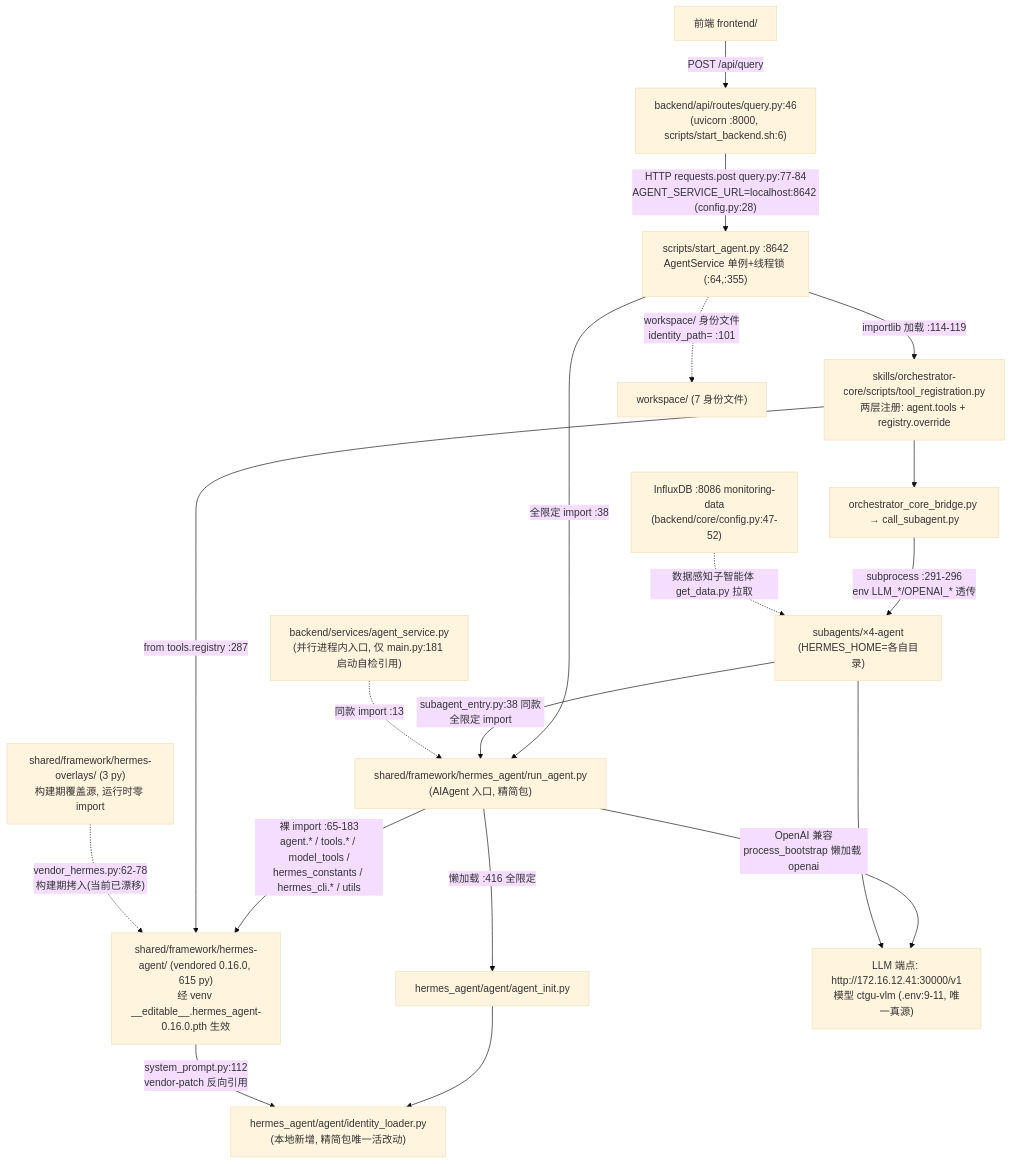
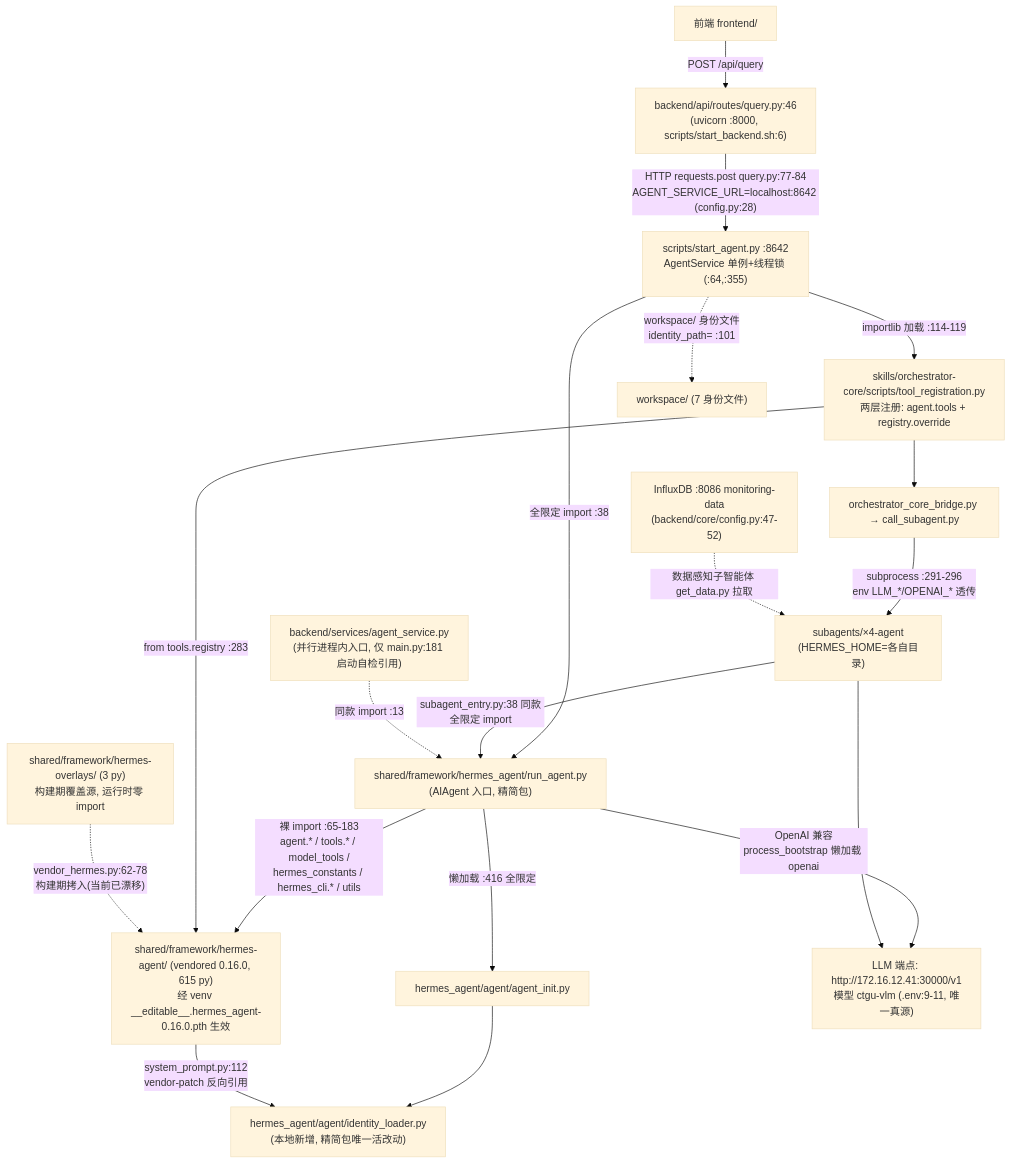
One commit to Nlieky/Ecological_env changed the diagram in docs/superpowers/specs/2026-09-14-hermes-framework-audit-report.md. Above: the diagram before and after it, drawn with Mermaid (base theme). The commit also changed other lines of this file, not shown here.

````diff
--- a/docs/superpowers/specs/2026-09-14-hermes-framework-audit-report.md
+++ b/docs/superpowers/specs/2026-09-14-hermes-framework-audit-report.md
@@ -160,21 +160,21 @@
 ```mermaid
 flowchart TD
     FE["前端 frontend/"] -->|"POST /api/query"| Q["backend/api/routes/query.py:46<br/>(uvicorn :8000, scripts/start_backend.sh:6)"]
     Q -->|"HTTP requests.post query.py:77-84<br/>AGENT_SERVICE_URL=localhost:8642 (config.py:28)"| SA["scripts/start_agent.py :8642<br/>AgentService 单例+线程锁 (:64,:355)"]
     SA -->|"全限定 import :38"| RA["shared/framework/hermes_agent/run_agent.py<br/>(AIAgent 入口, 精简包)"]
     RA -->|"懒加载 :416 全限定"| AI["hermes_agent/agent/agent_init.py"]
     AI --> IDL["hermes_agent/agent/identity_loader.py<br/>(本地新增, 精简包唯一活改动)"]
     RA -->|"裸 import :65-183<br/>agent.* / tools.* / model_tools /<br/>hermes_constants / hermes_cli.* / utils"| VEND["shared/framework/hermes-agent/ (vendored 0.16.0, 615 py)<br/>经 venv __editable__.hermes_agent-0.16.0.pth 生效"]
     VEND -->|"system_prompt.py:112<br/>vendor-patch 反向引用"| IDL
     SA -->|"importlib 加载 :114-119"| TR["skills/orchestrator-core/scripts/tool_registration.py<br/>两层注册: agent.tools + registry.override"]
-    TR -->|"from tools.registry :287"| VEND
+    TR -->|"from tools.registry :283"| VEND
     TR --> BR["orchestrator_core_bridge.py → call_subagent.py"]
     BR -->|"subprocess :291-296<br/>env LLM_*/OPENAI_* 透传"| SUB["subagents/×4-agent<br/>(HERMES_HOME=各自目录)"]
     SUB -->|"subagent_entry.py:38 同款全限定 import"| RA
     SA -.->|"workspace/ 身份文件<br/>identity_path= :101"| WS["workspace/ (7 身份文件)"]
     RA -->|"OpenAI 兼容<br/>process_bootstrap 懒加载 openai"| LLM["LLM 端点: http://172.16.12.41:30000/v1<br/>模型 ctgu-vlm (.env:9-11, 唯一真源)"]
     SUB --> LLM
     OV["shared/framework/hermes-overlays/ (3 py)<br/>构建期覆盖源, 运行时零 import"] -.->|"vendor_hermes.py:62-78<br/>构建期拷入(当前已漂移)"| VEND
     AGS["backend/services/agent_service.py<br/>(并行进程内入口, 仅 main.py:181 启动自检引用)"] -.->|"同款 import :13"| RA
     SUBDB["InfluxDB :8086 monitoring-data<br/>(backend/core/config.py:47-52)"] -.->|"数据感知子智能体 get_data.py 拉取"| SUB
 ```
````
